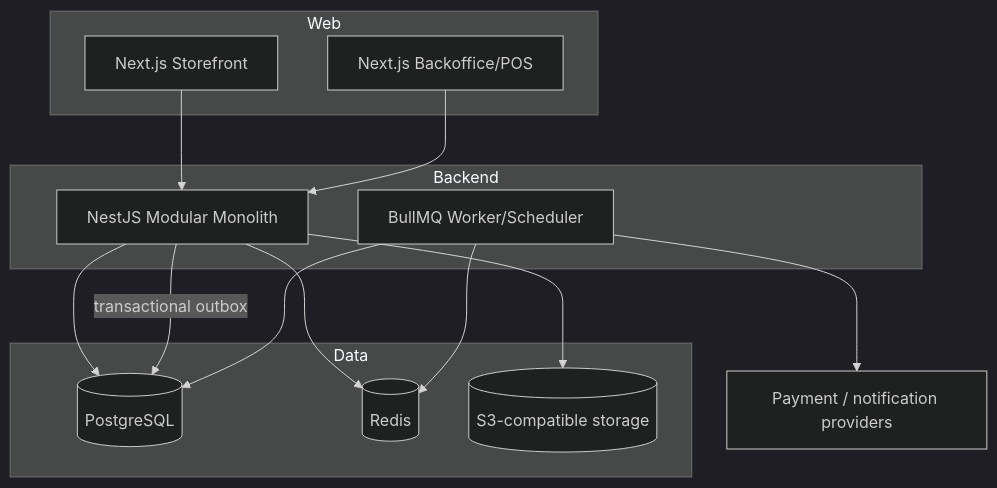
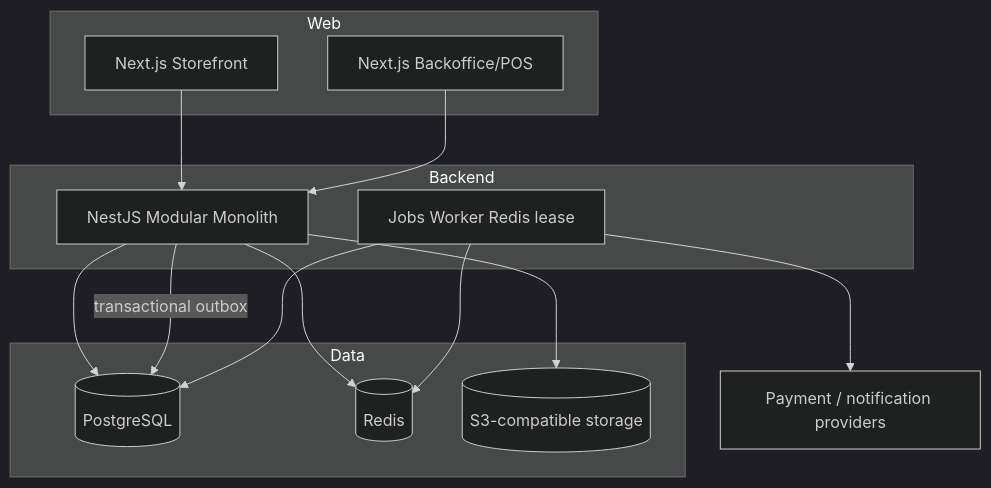
One commit to NijatAbdullayev01/itmarket changed the second of 2 diagrams in docs/architecture.md. Above: the diagram before and after it, drawn with Mermaid (dark theme). The commit also changed other lines of this file and 239 other files, not shown here.

````diff
--- a/docs/architecture.md
+++ b/docs/architecture.md
@@ -28,28 +28,28 @@
 ```mermaid
 flowchart TB
   subgraph Web
     SF[Next.js Storefront]
     BO[Next.js Backoffice/POS]
   end
 
   subgraph Backend
     API[NestJS Modular Monolith]
-    Worker[BullMQ Worker/Scheduler]
+    Worker[Jobs Worker Redis lease]
   end
 
   subgraph Data
     PG[(PostgreSQL)]
     Redis[(Redis)]
     S3[(S3-compatible storage)]
   end
 
   SF --> API
   BO --> API
   API --> PG
   API --> Redis
   API --> S3
   API -->|transactional outbox| PG
   Worker --> PG
   Worker --> Redis
   Worker --> External[Payment / notification providers]
 ```
````
